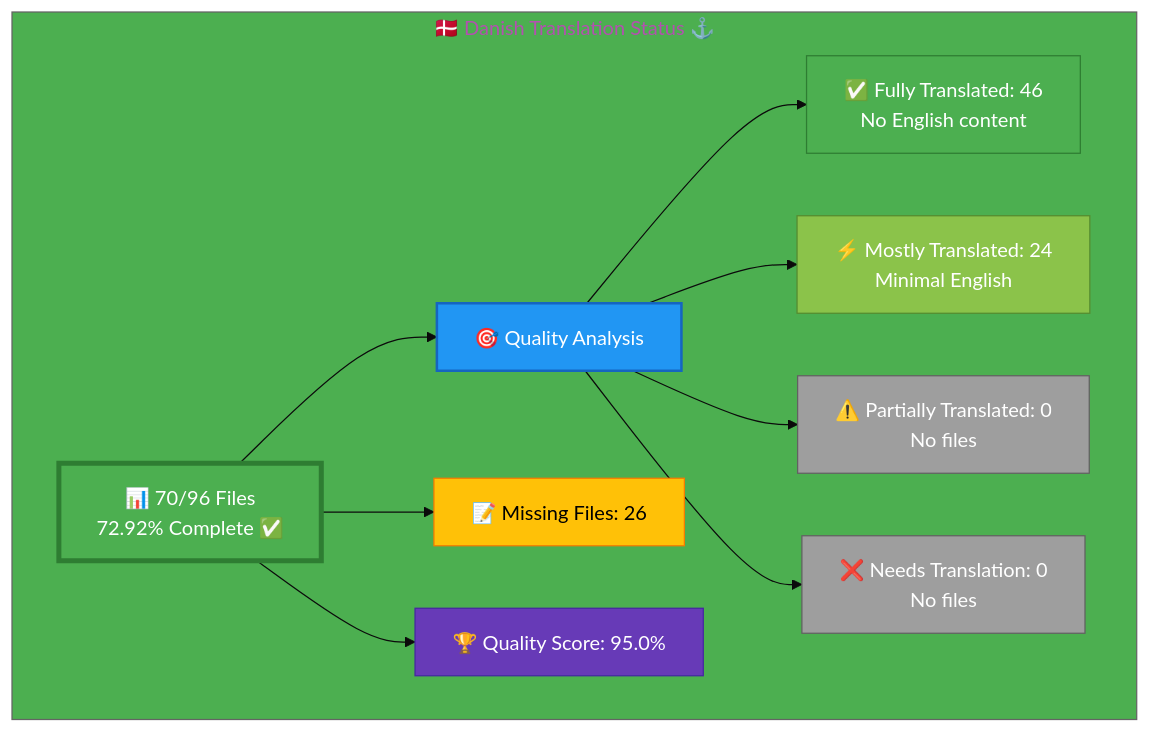
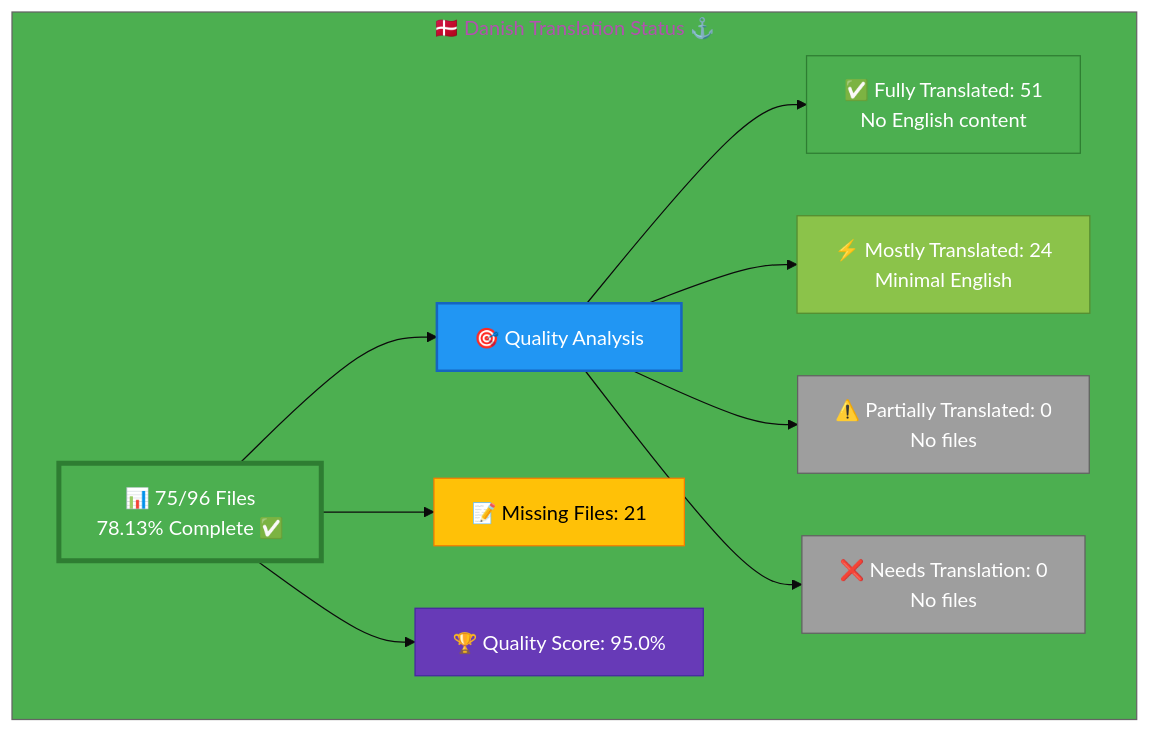
The diagram in Danish-Translation-Status.md (Hack23/homepage), drawn with Mermaid before and after one commit. The commit also changed other lines of this file, not shown here.

````diff
--- a/Danish-Translation-Status.md
+++ b/Danish-Translation-Status.md
@@ -26,26 +34,26 @@
 ```mermaid
 %%{init: {'theme':'base', 'themeVariables': {'primaryColor':'#4CAF50','secondaryColor':'#2196F3','tertiaryColor':'#4CAF50','fontSize':'16px'}}}%%
 graph TB
     subgraph "🇩🇰 Danish Translation Status ⚓"
-        A["📊 70/96 Files<br/>72.92% Complete ✅ "]
+        A["📊 75/96 Files<br/>78.13% Complete ✅ "]
         
         A --> B["🎯 Quality Analysis"]
-        B --> C["✅ Fully Translated: 46<br/>No English content"]
+        B --> C["✅ Fully Translated: 51<br/>No English content"]
         B --> D["⚡ Mostly Translated: 24<br/>Minimal English"]
         B --> E["⚠️  Partially Translated: 0<br/>No files"]
         B --> F["❌ Needs Translation: 0<br/>No files"]
         
-        A --> G["📝 Missing Files: 26"]
+        A --> G["📝 Missing Files: 21"]
         
         A --> H["🏆 Quality Score: 95.0%"]
         
         style A fill:#4CAF50,stroke:#2E7D32,color:#fff,stroke-width:4px
         style B fill:#2196F3,stroke:#1565C0,color:#fff,stroke-width:2px
         style C fill:#4CAF50,stroke:#2E7D32,color:#fff
         style D fill:#8BC34A,stroke:#558B2F,color:#fff
         style E fill:#9E9E9E,stroke:#616161,color:#fff
         style F fill:#9E9E9E,stroke:#616161,color:#fff
         style G fill:#FFC107,stroke:#F57C00,color:#000
         style H fill:#673AB7,stroke:#4527A0,color:#fff
     end
 ```
````
